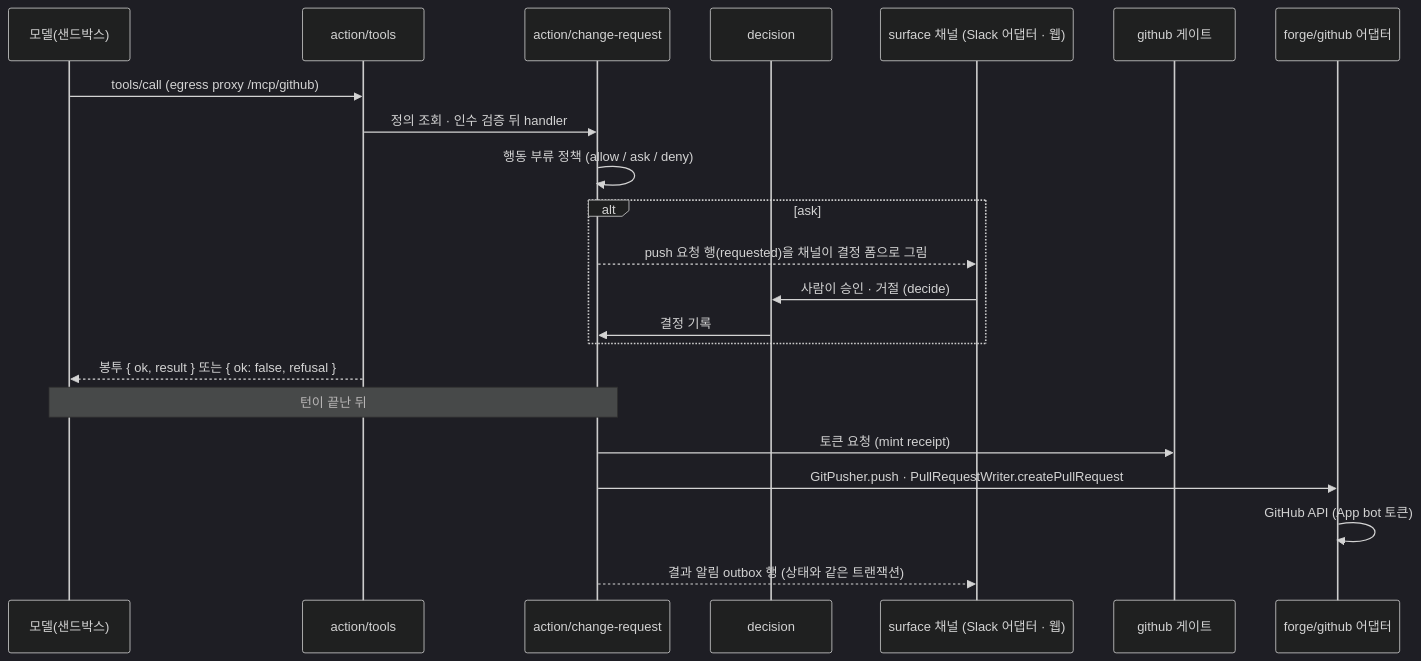
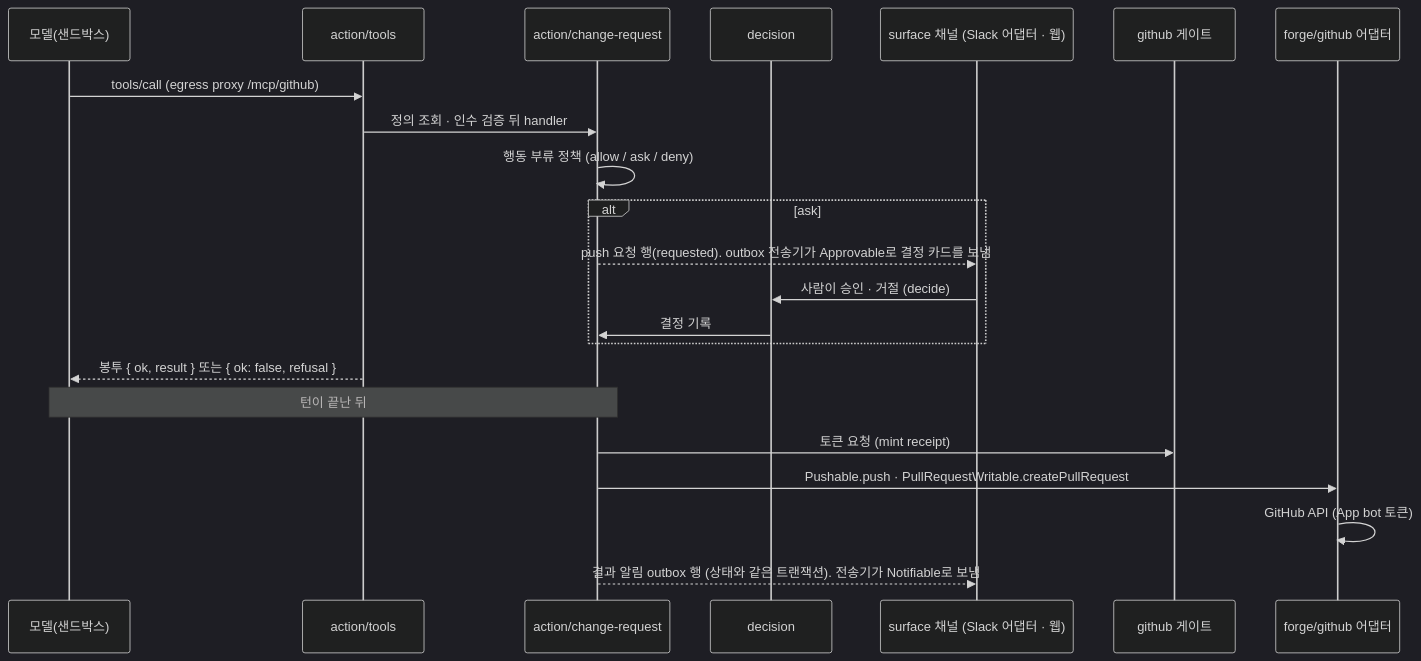
Before and after one commit to JeongJaeSoon/werft: the second of 3 diagrams in docs/contributing/decisions/surface-action-modules.md, drawn with Mermaid (dark theme). The commit also changed other lines of this file and 2 other files, not shown here.

````diff
--- a/docs/contributing/decisions/surface-action-modules.md
+++ b/docs/contributing/decisions/surface-action-modules.md
@@ -487,24 +549,24 @@
 ```mermaid
 sequenceDiagram
   participant M as 모델(샌드박스)
   participant T as action/tools
   participant CR as action/change-request
   participant D as decision
   participant SF as surface 채널 (Slack 어댑터 · 웹)
   participant G as github 게이트
   participant A as forge/github 어댑터
   M->>T: tools/call (egress proxy /mcp/github)
   T->>CR: 정의 조회 · 인수 검증 뒤 handler
   CR->>CR: 행동 부류 정책 (allow / ask / deny)
   alt ask
-    CR-->>SF: push 요청 행(requested)을 채널이 결정 폼으로 그림
+    CR-->>SF: push 요청 행(requested). outbox 전송기가 Approvable로 결정 카드를 보냄
     SF->>D: 사람이 승인 · 거절 (decide)
     D->>CR: 결정 기록
   end
   T-->>M: 봉투 { ok, result } 또는 { ok: false, refusal }
   Note over M,CR: 턴이 끝난 뒤
   CR->>G: 토큰 요청 (mint receipt)
-  CR->>A: GitPusher.push · PullRequestWriter.createPullRequest
+  CR->>A: Pushable.push · PullRequestWritable.createPullRequest
   A->>A: GitHub API (App bot 토큰)
-  CR-->>SF: 결과 알림 outbox 행 (상태와 같은 트랜잭션)
+  CR-->>SF: 결과 알림 outbox 행 (상태와 같은 트랜잭션). 전송기가 Notifiable로 보냄
 ```
````
